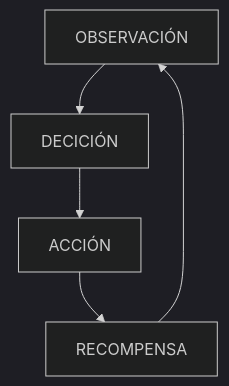
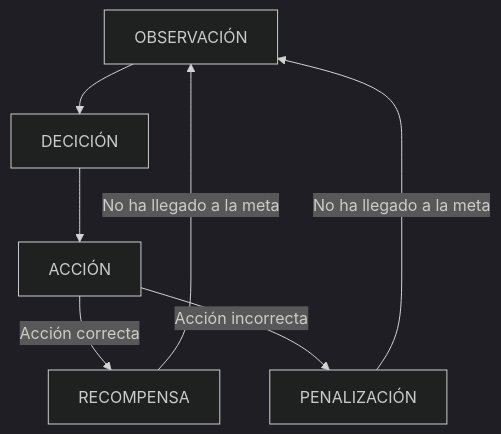
The diagram in README.md (Dewo2000/IAV23-Chen), drawn with Mermaid (dark theme) before and after one commit.

````diff
--- a/README.md
+++ b/README.md
@@ -8,7 +8,9 @@
 ```mermaid
-  graph TD;
-      OBSERVACIÓN-->DECICIÓN;
-      DECICIÓN-->ACCIÓN;
-      ACCIÓN-->RECOMPENSA;
-      RECOMPENSA-->OBSERVACIÓN;
+  flowchart TD;
+      A[OBSERVACIÓN]-->B[DECICIÓN];
+      B-->C[ACCIÓN];
+      C--Acción correcta-->D[RECOMPENSA];
+      C--Acción incorrecta-->E[PENALIZACIÓN];
+      D--No ha llegado a la meta-->A;
+      E--No ha llegado a la meta-->A;
 ```
````
